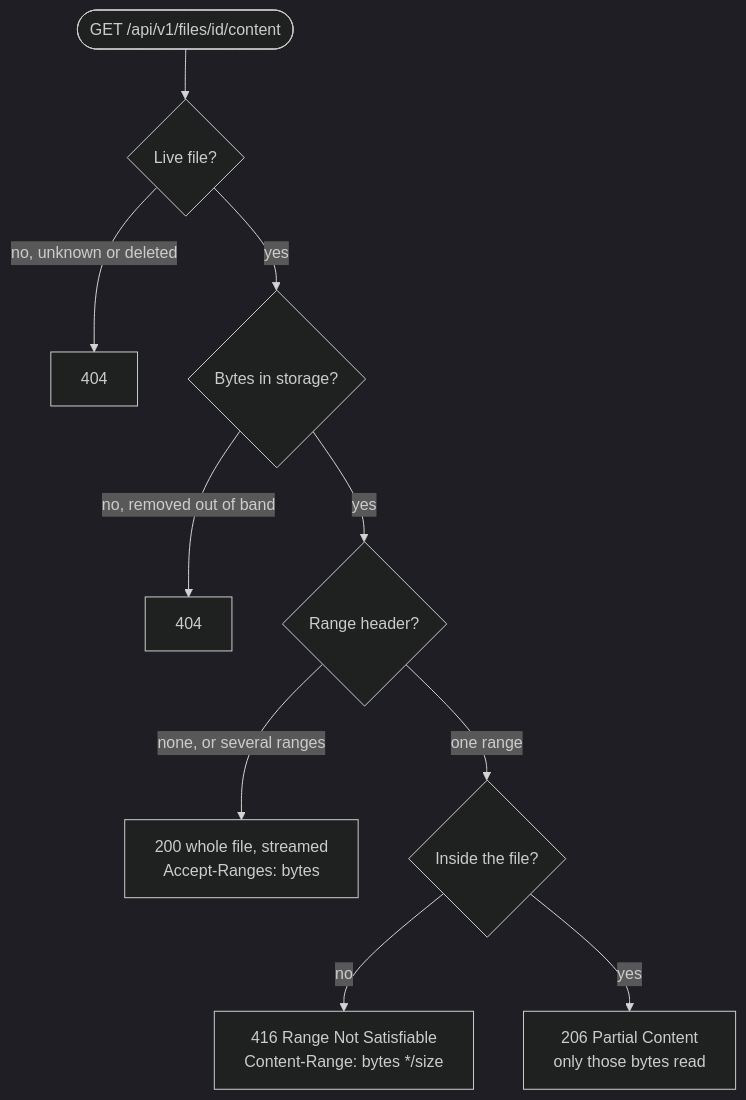
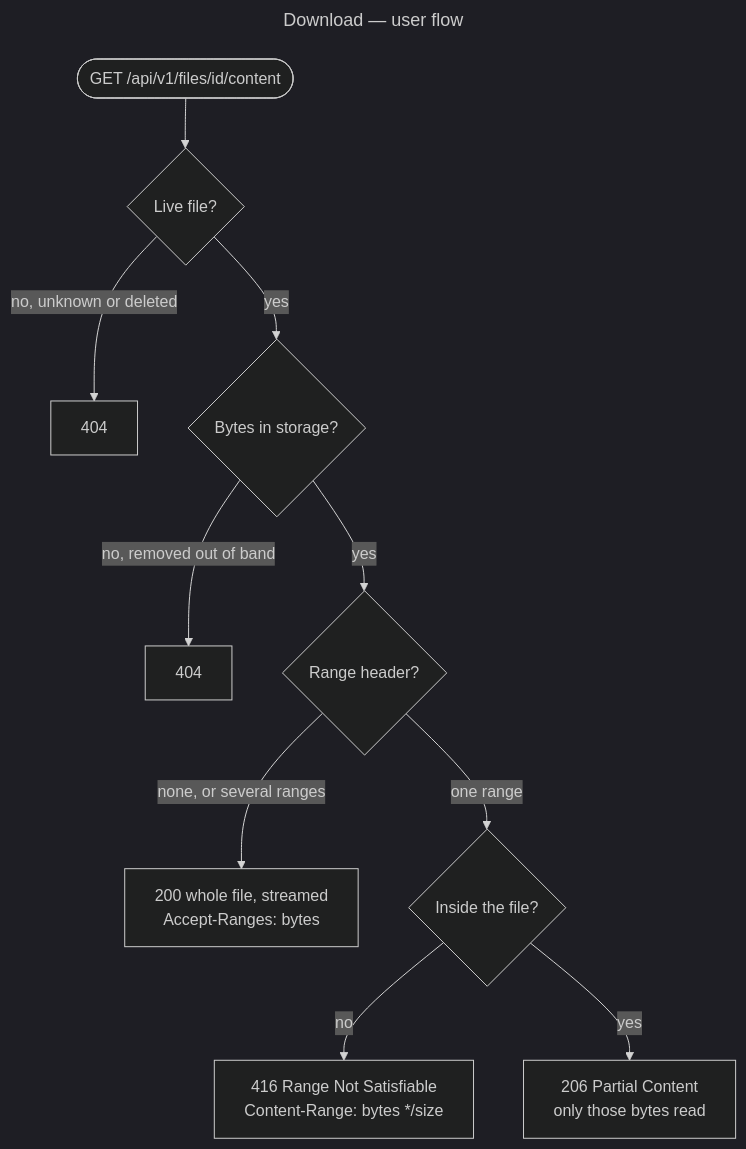
One commit to gmetskhvarishvili/GM.FileStorage.Samples changed the sixth of 11 diagrams in docs/user-flows.md. Above: the diagram before and after it, drawn with Mermaid (dark theme). The commit also changed other lines of this file and 7 other files, not shown here.

First line of the commit message:
docs: name every diagram "subject — kind" and index them

````diff
--- a/docs/user-flows.md
+++ b/docs/user-flows.md
@@ -97,12 +115,15 @@
 ```mermaid
+---
+title: Download — user flow
+---
 flowchart TD
     start([GET /api/v1/files/id/content]) --> live{Live file?}
     live -- no, unknown or deleted --> f404[404]
     live -- yes --> bytes{Bytes in storage?}
     bytes -- no, removed out of band --> b404[404]
     bytes -- yes --> range{Range header?}
     range -- none, or several ranges --> full[200 whole file, streamed<br/>Accept-Ranges: bytes]
     range -- one range --> fits{Inside the file?}
     fits -- no --> r416[416 Range Not Satisfiable<br/>Content-Range: bytes */size]
     fits -- yes --> part[206 Partial Content<br/>only those bytes read]
 ```
````
